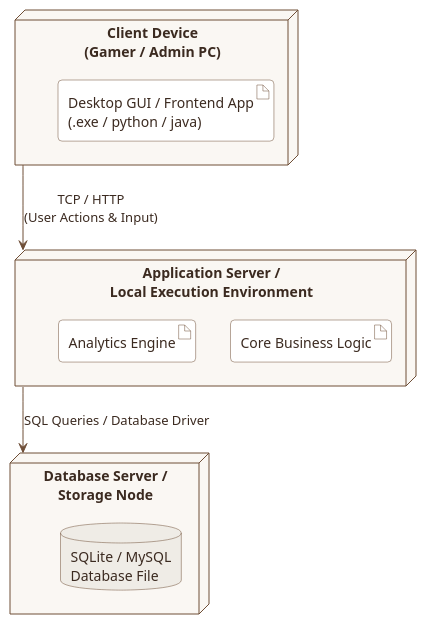
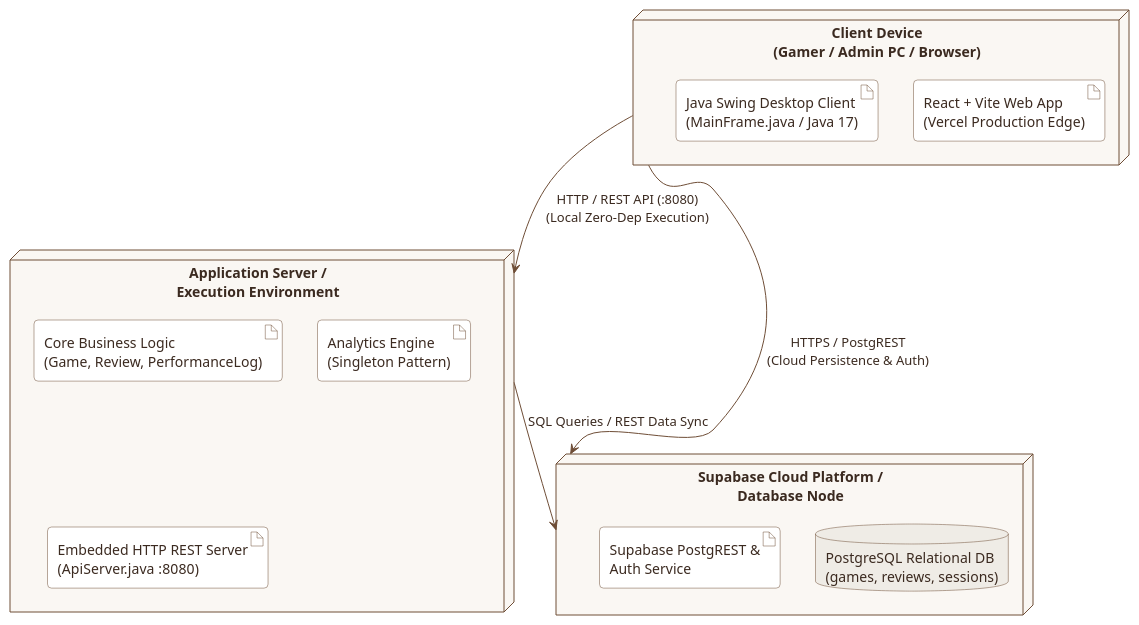
Before and after one commit to Muhammad-wasay/FramePulse: the diagram in diagrams/8_deployment_diagram.puml, drawn with PlantUML. The commit also changed 10 other files, not shown here.

Commit message:
Add full Login/Logout auth, role-based access control, and Supabase integration

```diff
--- a/diagrams/8_deployment_diagram.puml
+++ b/diagrams/8_deployment_diagram.puml
@@ -1,41 +1,45 @@
 @startuml
 skinparam backgroundColor #FFFFFF
 skinparam roundCorner 8
 skinparam shadowing false
 skinparam defaultFontName "Segoe UI"
 skinparam node {
     BackgroundColor #FAF7F3
     BorderColor #6F4E37
     FontColor #3B2A20
 }
 skinparam artifact {
     BackgroundColor #FFFFFF
     BorderColor #6F4E37
     FontColor #3B2A20
 }
 skinparam database {
     BackgroundColor #EFECE6
     BorderColor #6F4E37
     FontColor #3B2A20
 }
 skinparam arrow {
     Color #6F4E37
     FontColor #3B2A20
 }
 
-node "Client Device\n(Gamer / Admin PC)" as Client {
-    artifact "Desktop GUI / Frontend App\n(.exe / python / java)" as GUI
+node "Client Device\n(Gamer / Admin PC / Browser)" as Client {
+    artifact "React + Vite Web App\n(Vercel Production Edge)" as WebApp
+    artifact "Java Swing Desktop Client\n(MainFrame.java / Java 17)" as DesktopGUI
 }
 
-node "Application Server /\nLocal Execution Environment" as Server {
-    artifact "Core Business Logic" as Logic
-    artifact "Analytics Engine" as Engine
+node "Application Server /\nExecution Environment" as Server {
+    artifact "Core Business Logic\n(Game, Review, PerformanceLog)" as Logic
+    artifact "Analytics Engine\n(Singleton Pattern)" as Engine
+    artifact "Embedded HTTP REST Server\n(ApiServer.java :8080)" as RestServer
 }
 
-node "Database Server /\nStorage Node" as DBNode {
-    database "SQLite / MySQL\nDatabase File" as DB
+node "Supabase Cloud Platform /\nDatabase Node" as DBNode {
+    database "PostgreSQL Relational DB\n(games, reviews, sessions)" as DB
+    artifact "Supabase PostgREST &\nAuth Service" as SupaAuth
 }
 
-Client -down-> Server : TCP / HTTP\n(User Actions & Input)
-Server -down-> DBNode : SQL Queries / Database Driver
+Client -down-> Server : HTTP / REST API (:8080)\n(Local Zero-Dep Execution)
+Client -down-> DBNode : HTTPS / PostgREST\n(Cloud Persistence & Auth)
+Server -down-> DBNode : SQL Queries / REST Data Sync
 @enduml
```
